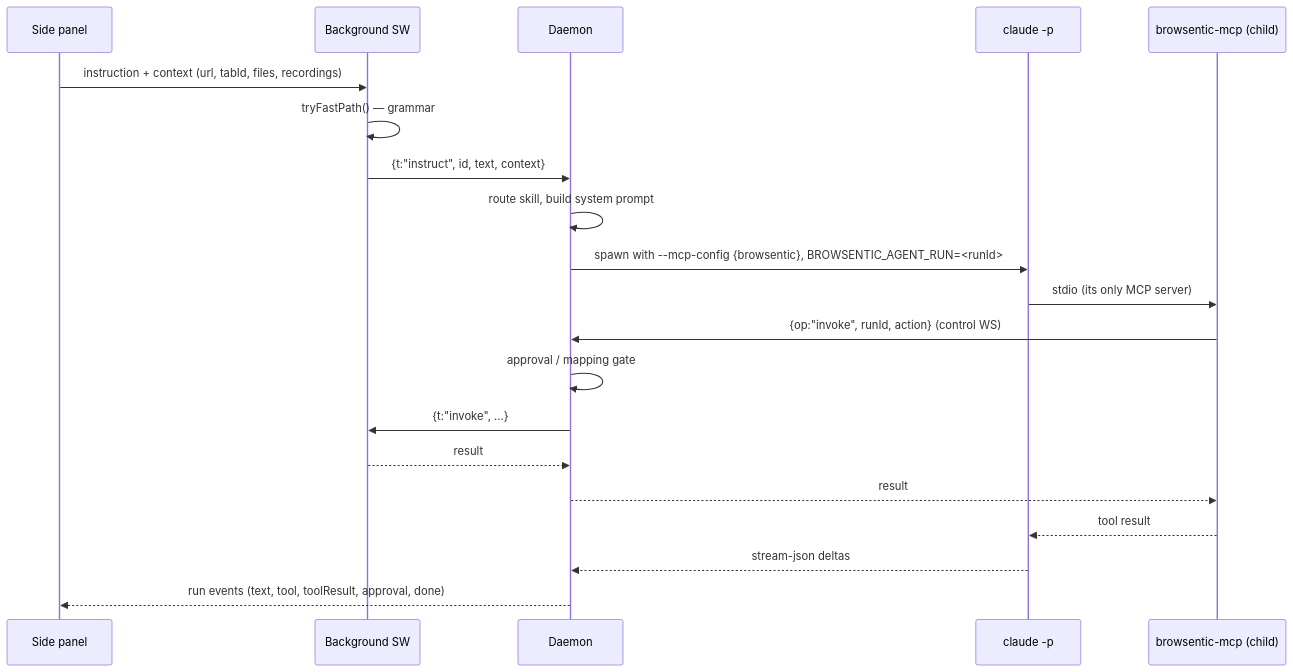
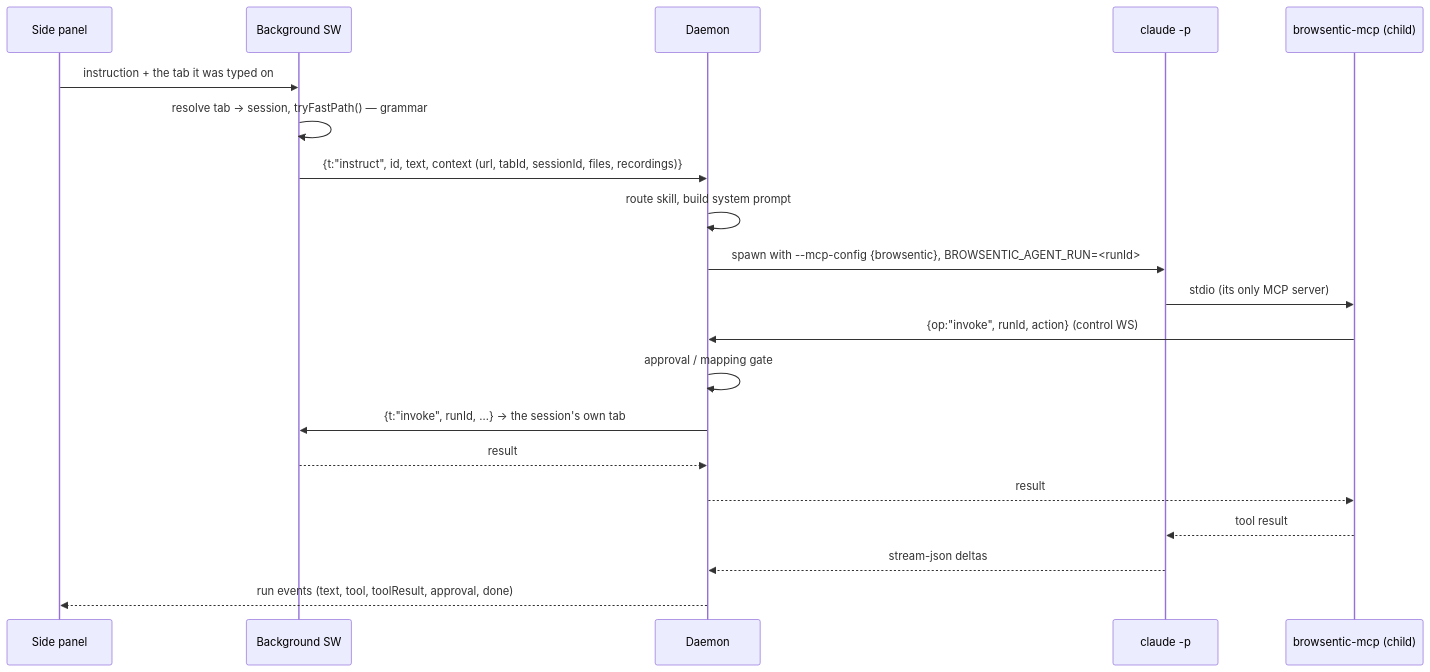
One commit to imshaikot/browsentic changed the second of 2 diagrams in docs/architecture.md. Above: the diagram before and after it, drawn with Mermaid. The commit also changed other lines of this file and 1 other file, not shown here.

Commit message:
docs: describe tab-bound sessions in the architecture and feature guides

````diff
--- a/docs/architecture.md
+++ b/docs/architecture.md
@@ -284,23 +300,23 @@
 ```mermaid
 sequenceDiagram
     participant S as Side panel
     participant B as Background SW
     participant D as Daemon
     participant K as claude -p
     participant M as browsentic-mcp (child)
 
-    S->>B: instruction + context (url, tabId, files, recordings)
-    B->>B: tryFastPath() — grammar
-    B->>D: {t:"instruct", id, text, context}
+    S->>B: instruction + the tab it was typed on
+    B->>B: resolve tab → session, tryFastPath() — grammar
+    B->>D: {t:"instruct", id, text, context (url, tabId, sessionId, files, recordings)}
     D->>D: route skill, build system prompt
     D->>K: spawn with --mcp-config {browsentic}, BROWSENTIC_AGENT_RUN=<runId>
     K->>M: stdio (its only MCP server)
     M->>D: {op:"invoke", runId, action} (control WS)
     D->>D: approval / mapping gate
-    D->>B: {t:"invoke", …}
+    D->>B: {t:"invoke", runId, …} → the session's own tab
     B-->>D: result
     D-->>M: result
     M-->>K: tool result
     K-->>D: stream-json deltas
     D-->>S: run events (text, tool, toolResult, approval, done)
 ```
````
